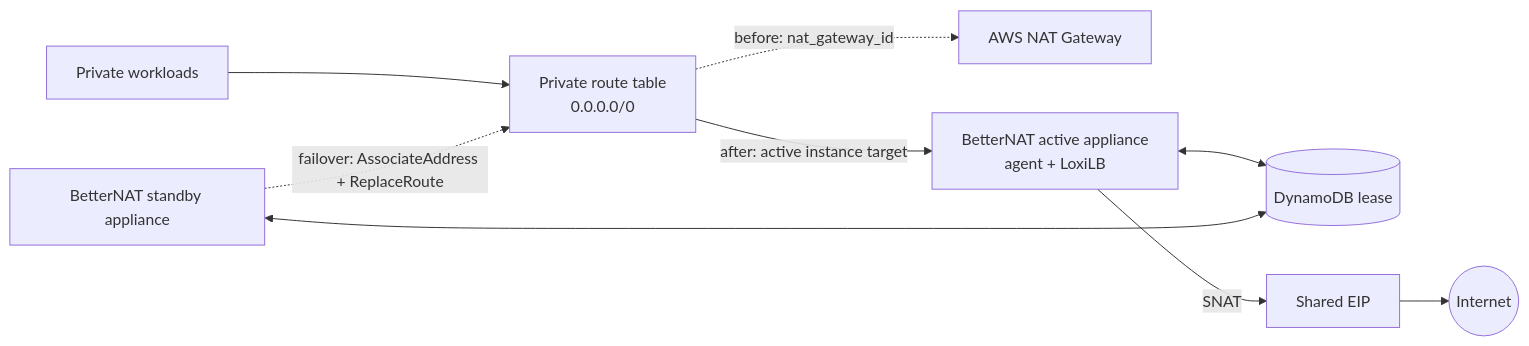
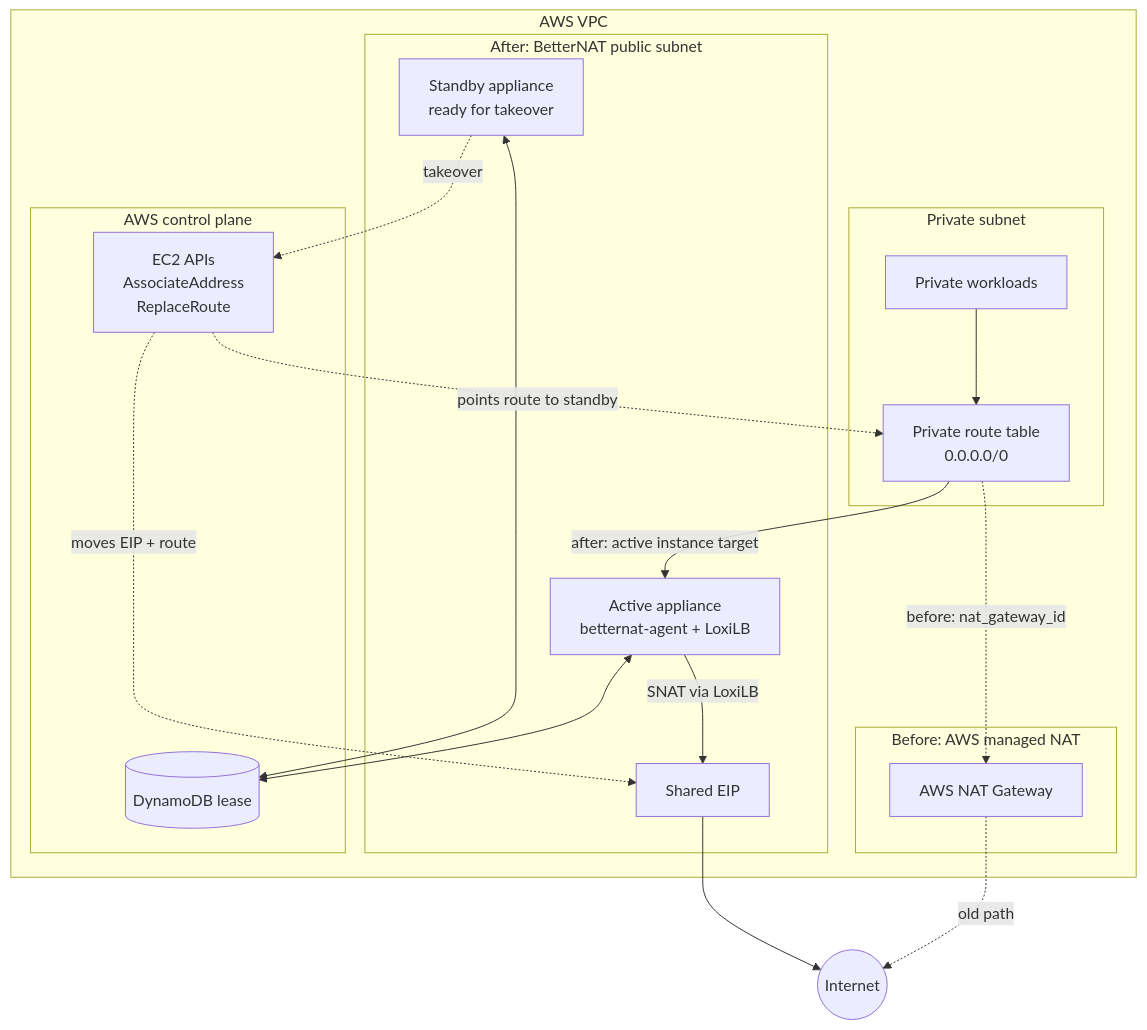
One commit to nowakeai/betternat changed the diagram in README.md. Above: the diagram before and after it, drawn with Mermaid.

Commit message:
Enhance README with detailed BetterNAT architecture diagram using Mermaid

````diff
--- a/README.md
+++ b/README.md
@@ -122,20 +122,40 @@
 ```mermaid
-flowchart LR
-  private[Private workloads]
-  rt[Private route table<br/>0.0.0.0/0]
-  old[AWS NAT Gateway]
-  active[BetterNAT active appliance<br/>agent + LoxiLB]
-  standby[BetterNAT standby appliance]
-  ddb[(DynamoDB lease)]
-  eip[Shared EIP]
+flowchart TB
+  subgraph vpc[AWS VPC]
+    subgraph private_subnet[Private subnet]
+      workloads[Private workloads]
+      route[Private route table<br/>0.0.0.0/0]
+    end
+
+    subgraph old_nat[Before: AWS managed NAT]
+      natgw[AWS NAT Gateway]
+    end
+
+    subgraph public_subnet[After: BetterNAT public subnet]
+      active[Active appliance<br/>betternat-agent + LoxiLB]
+      standby[Standby appliance<br/>ready for takeover]
+      eip[Shared EIP]
+    end
+
+    subgraph control[AWS control plane]
+      ddb[(DynamoDB lease)]
+      ec2api[EC2 APIs<br/>AssociateAddress<br/>ReplaceRoute]
+    end
+  end
+
   internet((Internet))
 
-  private --> rt
-  rt -. before: nat_gateway_id .-> old
-  rt -->|after: active instance target| active
-  active -->|SNAT| eip
+  workloads --> route
+  route -. before: nat_gateway_id .-> natgw
+  natgw -. old path .-> internet
+
+  route -->|after: active instance target| active
+  active -->|SNAT via LoxiLB| eip
   eip --> internet
+
   active <--> ddb
   standby <--> ddb
-  standby -. failover: AssociateAddress + ReplaceRoute .-> rt
+  standby -. takeover .-> ec2api
+  ec2api -. moves EIP + route .-> eip
+  ec2api -. points route to standby .-> route
 ```
````
